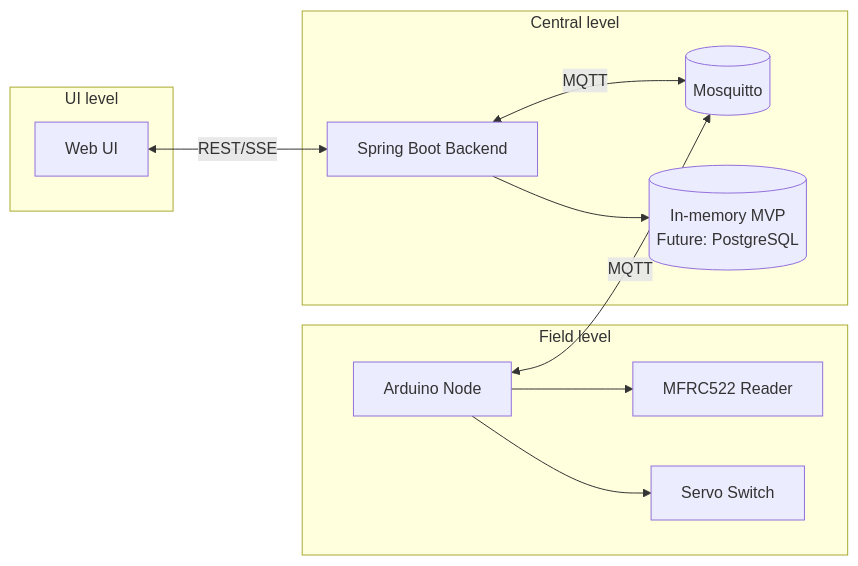
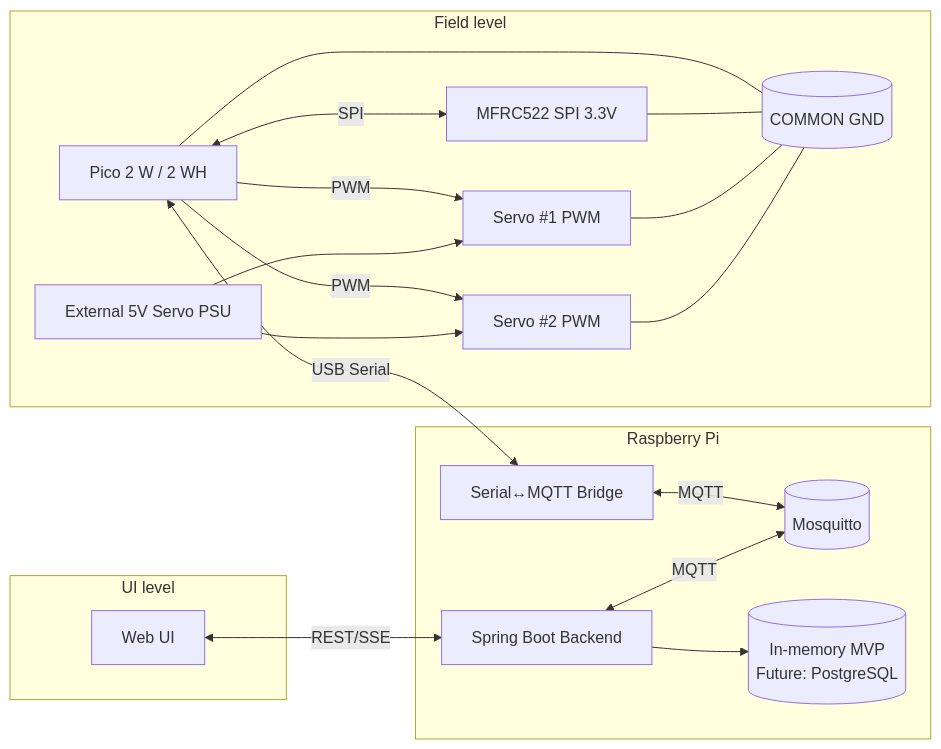
One commit to atkinart/train-manager changed the first of 3 diagrams in docs/architecture.md. Above: the diagram before and after it, drawn with Mermaid. The commit also changed other lines of this file and 27 other files, not shown here.

Commit message:
Migrate primary node platform from Arduino to Pico 2 W

````diff
--- a/docs/architecture.md
+++ b/docs/architecture.md
@@ -24,25 +42,36 @@
 ```mermaid
 flowchart LR
   subgraph Field[Field level]
-    A1[Arduino Node]
-    R1[MFRC522 Reader]
-    S1[Servo Switch]
-    A1 --> R1
-    A1 --> S1
+    P1[Pico 2 W / 2 WH]
+    R1[MFRC522 SPI 3.3V]
+    S1[Servo #1 PWM]
+    S2[Servo #2 PWM]
+    PSU[External 5V Servo PSU]
+    P1 <-- SPI --> R1
+    P1 -->|PWM| S1
+    P1 -->|PWM| S2
+    PSU --> S1
+    PSU --> S2
+    P1 --- GND[(COMMON GND)]
+    R1 --- GND
+    S1 --- GND
+    S2 --- GND
   end
 
-  subgraph Core[Central level]
+  subgraph Pi[Raspberry Pi]
+    BR[Serial↔MQTT Bridge]
     M[(Mosquitto)]
     B[Spring Boot Backend]
     DB[(In-memory MVP\nFuture: PostgreSQL)]
+    BR <-- MQTT --> M
+    B <-- MQTT --> M
     B --> DB
   end
 
   subgraph UI[UI level]
     W[Web UI]
   end
 
-  A1 <-- MQTT --> M
-  B <-- MQTT --> M
+  P1 <-- USB Serial --> BR
   W <-- REST/SSE --> B
 ```
````
